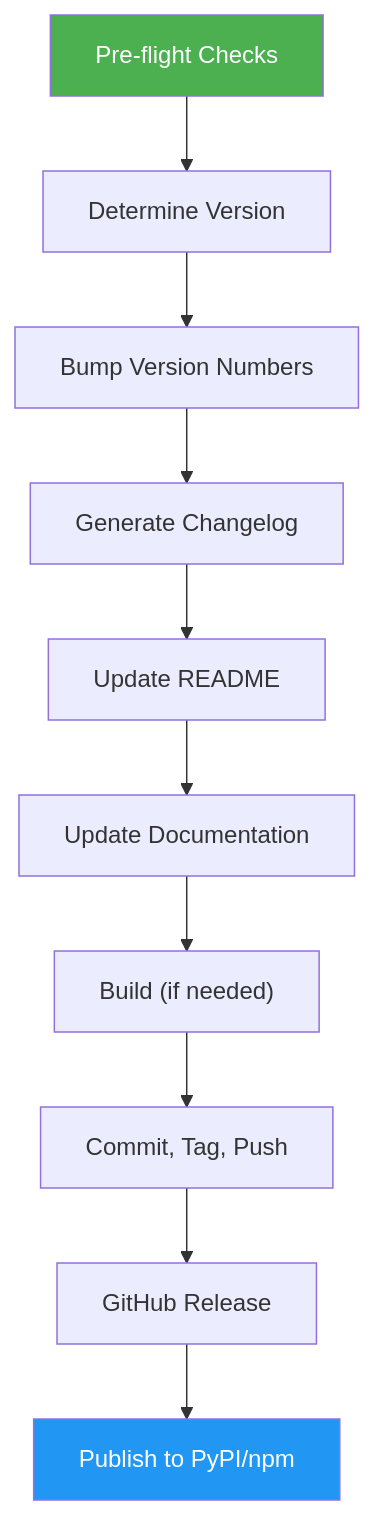
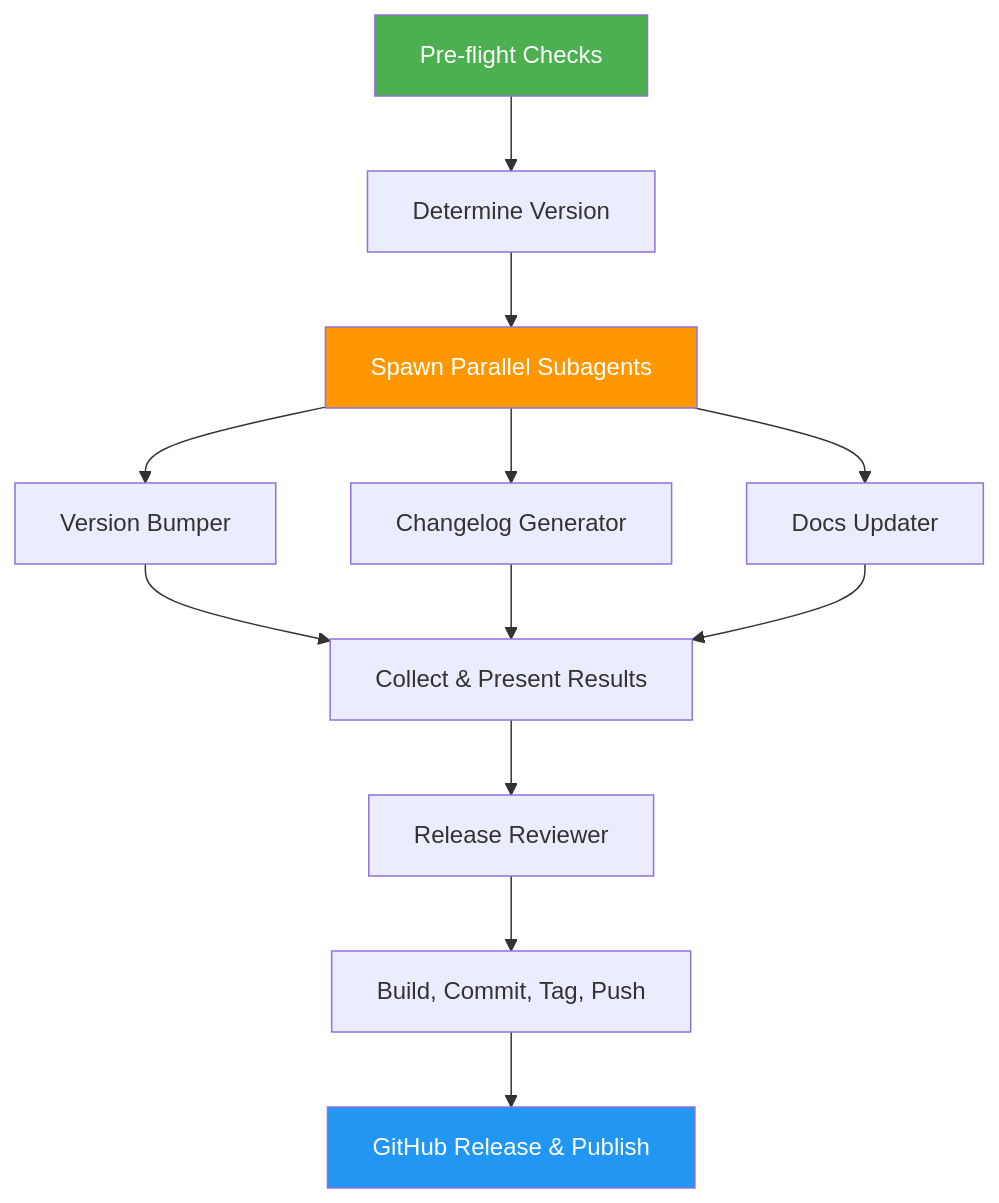
The diagram in skills/release-manager/README.md (luongnv89/skills), drawn with Mermaid before and after one commit. The commit also changed other lines of this file and 9 other files, not shown here.

First line of the commit message:
feat(skill-creator,release-manager): add subagent architecture guidance and restructure release-manager

````diff
--- a/skills/release-manager/README.md
+++ b/skills/release-manager/README.md
@@ -33,14 +33,17 @@
 ```mermaid
 graph TD
     A["Pre-flight Checks"] --> B["Determine Version"]
-    B --> C["Bump Version Numbers"]
-    C --> D["Generate Changelog"]
-    D --> E["Update README"]
-    E --> F["Update Documentation"]
-    F --> G["Build (if needed)"]
-    G --> H["Commit, Tag, Push"]
-    H --> I["GitHub Release"]
-    I --> J["Publish to PyPI/npm"]
+    B --> C["Spawn Parallel Subagents"]
+    C --> D["Version Bumper"]
+    C --> E["Changelog Generator"]
+    C --> F["Docs Updater"]
+    D --> G["Collect & Present Results"]
+    E --> G
+    F --> G
+    G --> H["Release Reviewer"]
+    H --> I["Build, Commit, Tag, Push"]
+    I --> J["GitHub Release & Publish"]
     style A fill:#4CAF50,color:#fff
     style J fill:#2196F3,color:#fff
+    style C fill:#FF9800,color:#fff
 ```
````
